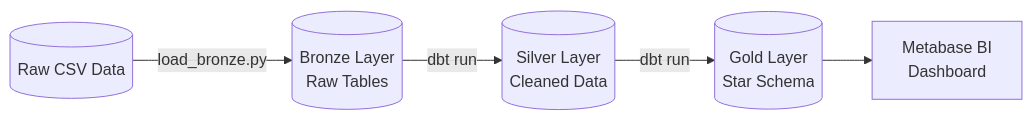
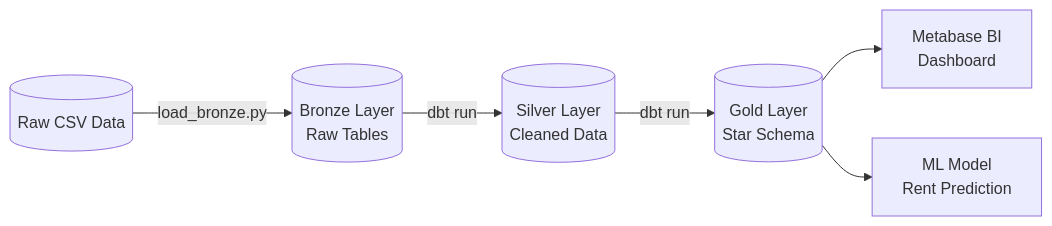
Before and after one commit to luckylaplace/irish-rent-analytics: the first of 4 diagrams in README.md, drawn with Mermaid. The commit also changed other lines of this file, not shown here.

Commit message:
docs: update README with ML phase, prediction results and improved formatting

````diff
--- a/README.md
+++ b/README.md
@@ -27,7 +35,8 @@
 ```mermaid
 graph LR
     A[(Raw CSV Data)] -->|load_bronze.py| B[(Bronze Layer<br/>Raw Tables)]
     B -->|dbt run| C[(Silver Layer<br/>Cleaned Data)]
     C -->|dbt run| D[(Gold Layer<br/>Star Schema)]
     D --> E[Metabase BI<br/>Dashboard]
+    D --> F[ML Model<br/>Rent Prediction]
 ```
````
